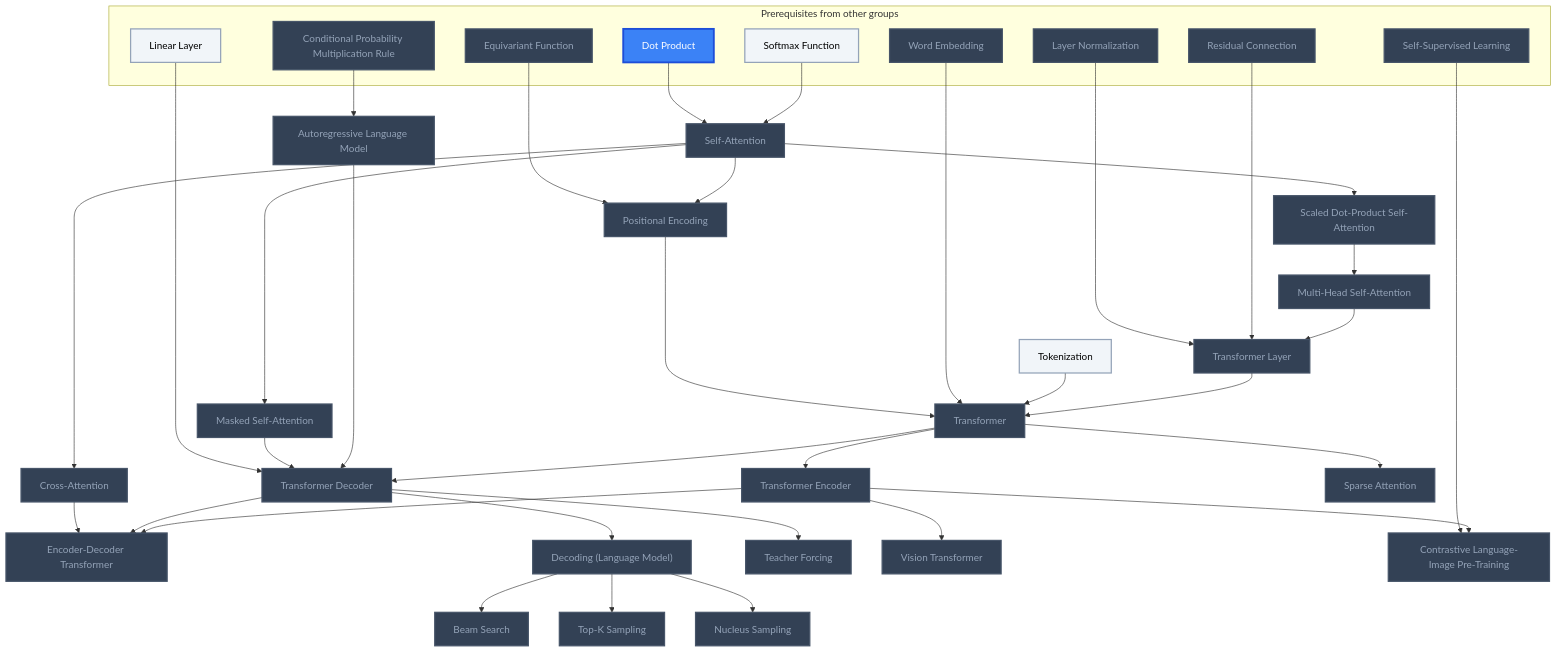
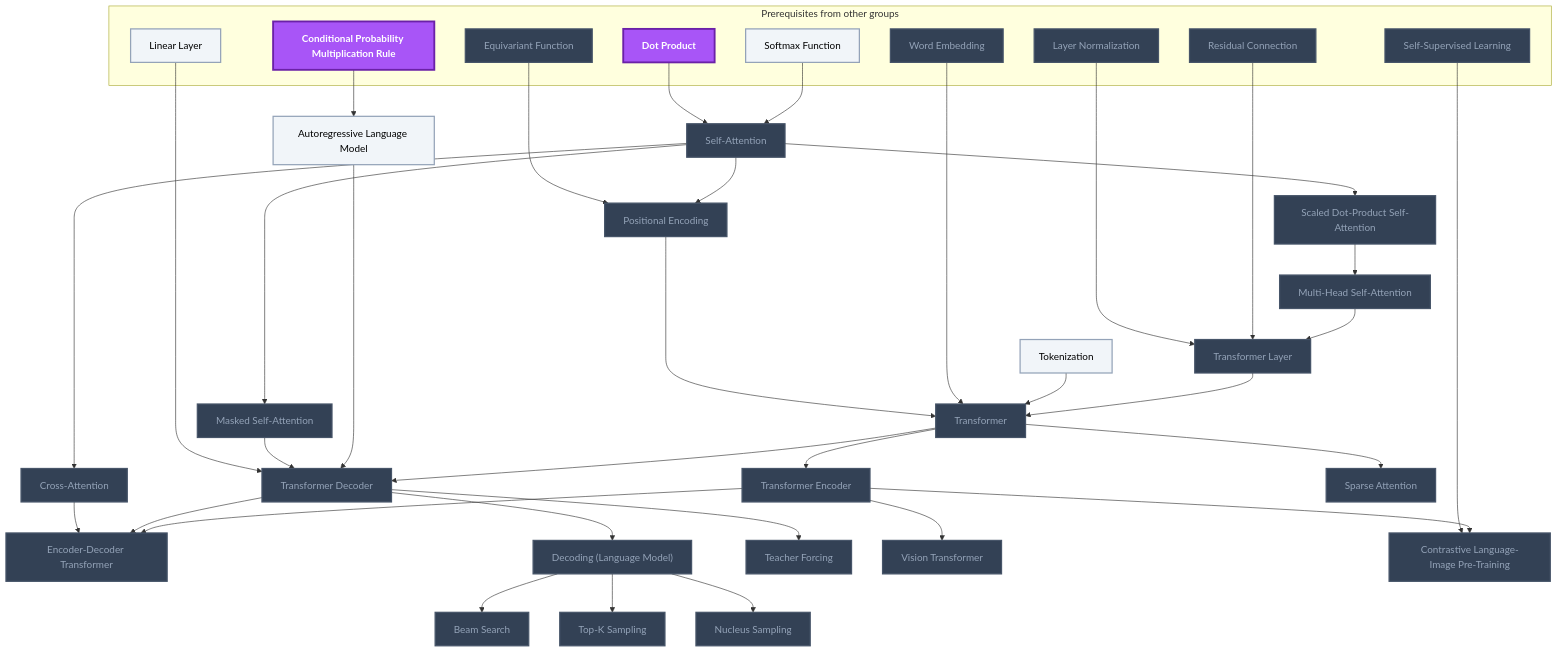
One commit to MRauf1/My-Notes changed diagram 11 of 21 in Gamification/Skill Trees/Deep Learning.md. Above: the diagram before and after it, drawn with Mermaid. The commit also changed other lines of this file and 145 other files, not shown here.

````diff
--- a/Gamification/Skill Trees/Deep Learning.md
+++ b/Gamification/Skill Trees/Deep Learning.md
@@ -575,81 +578,81 @@
 ```mermaid
 flowchart TD
     classDef planned fill:#1E293B,stroke:#64748B,stroke-width:2px,stroke-dasharray:5 5,color:#94A3B8;
     classDef locked fill:#334155,stroke:#475569,stroke-width:2px,color:#94A3B8;
     classDef L0 fill:#F1F5F9,stroke:#94A3B8,stroke-width:2px,color:#000000;
     classDef L1 fill:#22C55E,stroke:#15803D,stroke-width:2px,color:#000000;
     classDef L2 fill:#3B82F6,stroke:#1D4ED8,stroke-width:3px,color:#FFFFFF;
     classDef L3 fill:#A855F7,stroke:#6B21A8,stroke-width:3px,color:#FFFFFF,font-weight:bold;
     classDef L4 fill:#F97316,stroke:#C2410C,stroke-width:4px,color:#000000,font-weight:bold;
     classDef L5 fill:#FFD700,stroke:#FF8C00,stroke-width:5px,color:#000000,font-weight:bold;
     classDef rusty stroke:#8B4513,stroke-width:4px,stroke-dasharray:3 3;
     subgraph sg_prereqs["Prerequisites from other groups"]
         n_softmax_function["Softmax Function"]
         n_dot_product["Dot Product"]
         n_equivariant_function["Equivariant Function"]
         n_residual_connection["Residual Connection"]
         n_layer_normalization["Layer Normalization"]
         n_word_embedding["Word Embedding"]
         n_conditional_probability_multiplication_rule["Conditional Probability Multiplication Rule"]
         n_linear_layer["Linear Layer"]
         n_self_supervised_learning["Self-Supervised Learning"]
     end
     n_self_attention["Self-Attention"]
     n_scaled_dot_product_self_attention["Scaled Dot-Product Self-Attention"]
     n_multi_head_self_attention["Multi-Head Self-Attention"]
     n_masked_self_attention["Masked Self-Attention"]
     n_cross_attention["Cross-Attention"]
     n_positional_encoding["Positional Encoding"]
     n_tokenization["Tokenization"]
     n_transformer_layer["Transformer Layer"]
     n_transformer["Transformer"]
     n_transformer_encoder["Transformer Encoder"]
     n_autoregressive_language_model["Autoregressive Language Model"]
     n_transformer_decoder["Transformer Decoder"]
     n_encoder_decoder_transformer["Encoder-Decoder Transformer"]
     n_decoding_language_model["Decoding (Language Model)"]
     n_beam_search["Beam Search"]
     n_top_k_sampling["Top-K Sampling"]
     n_nucleus_sampling["Nucleus Sampling"]
     n_teacher_forcing["Teacher Forcing"]
     n_sparse_attention["Sparse Attention"]
     n_vision_transformer["Vision Transformer"]
     n_contrastive_language_image_pre_training["Contrastive Language-Image Pre-Training"]
     n_softmax_function --> n_self_attention
     n_dot_product --> n_self_attention
     n_self_attention --> n_scaled_dot_product_self_attention
     n_scaled_dot_product_self_attention --> n_multi_head_self_attention
     n_self_attention --> n_masked_self_attention
     n_self_attention --> n_cross_attention
     n_self_attention --> n_positional_encoding
     n_equivariant_function --> n_positional_encoding
     n_multi_head_self_attention --> n_transformer_layer
     n_residual_connection --> n_transformer_layer
     n_layer_normalization --> n_transformer_layer
     n_transformer_layer --> n_transformer
     n_tokenization --> n_transformer
     n_word_embedding --> n_transformer
     n_positional_encoding --> n_transformer
     n_transformer --> n_transformer_encoder
     n_conditional_probability_multiplication_rule --> n_autoregressive_language_model
     n_transformer --> n_transformer_decoder
     n_autoregressive_language_model --> n_transformer_decoder
     n_masked_self_attention --> n_transformer_decoder
     n_linear_layer --> n_transformer_decoder
     n_transformer_encoder --> n_encoder_decoder_transformer
     n_transformer_decoder --> n_encoder_decoder_transformer
     n_cross_attention --> n_encoder_decoder_transformer
     n_transformer_decoder --> n_decoding_language_model
     n_decoding_language_model --> n_beam_search
     n_decoding_language_model --> n_top_k_sampling
     n_decoding_language_model --> n_nucleus_sampling
     n_transformer_decoder --> n_teacher_forcing
     n_transformer --> n_sparse_attention
     n_transformer_encoder --> n_vision_transformer
     n_transformer_encoder --> n_contrastive_language_image_pre_training
     n_self_supervised_learning --> n_contrastive_language_image_pre_training
-    class n_equivariant_function,n_residual_connection,n_layer_normalization,n_word_embedding,n_conditional_probability_multiplication_rule,n_self_supervised_learning,n_self_attention,n_scaled_dot_product_self_attention,n_multi_head_self_attention,n_masked_self_attention,n_cross_attention,n_positional_encoding,n_transformer_layer,n_transformer,n_transformer_encoder,n_autoregressive_language_model,n_transformer_decoder,n_encoder_decoder_transformer,n_decoding_language_model,n_beam_search,n_top_k_sampling,n_nucleus_sampling,n_teacher_forcing,n_sparse_attention,n_vision_transformer,n_contrastive_language_image_pre_training locked;
-    class n_softmax_function,n_linear_layer,n_tokenization L0;
-    class n_dot_product L2;
+    class n_equivariant_function,n_residual_connection,n_layer_normalization,n_word_embedding,n_self_supervised_learning,n_self_attention,n_scaled_dot_product_self_attention,n_multi_head_self_attention,n_masked_self_attention,n_cross_attention,n_positional_encoding,n_transformer_layer,n_transformer,n_transformer_encoder,n_transformer_decoder,n_encoder_decoder_transformer,n_decoding_language_model,n_beam_search,n_top_k_sampling,n_nucleus_sampling,n_teacher_forcing,n_sparse_attention,n_vision_transformer,n_contrastive_language_image_pre_training locked;
+    class n_softmax_function,n_linear_layer,n_tokenization,n_autoregressive_language_model L0;
+    class n_dot_product,n_conditional_probability_multiplication_rule L3;
     class n_softmax_function,n_dot_product,n_equivariant_function,n_residual_connection,n_layer_normalization,n_word_embedding,n_conditional_probability_multiplication_rule,n_linear_layer,n_self_supervised_learning,n_self_attention,n_scaled_dot_product_self_attention,n_multi_head_self_attention,n_masked_self_attention,n_cross_attention,n_positional_encoding,n_tokenization,n_transformer_layer,n_transformer,n_transformer_encoder,n_autoregressive_language_model,n_transformer_decoder,n_encoder_decoder_transformer,n_decoding_language_model,n_beam_search,n_top_k_sampling,n_nucleus_sampling,n_teacher_forcing,n_sparse_attention,n_vision_transformer,n_contrastive_language_image_pre_training internal-link;
 ```
````
